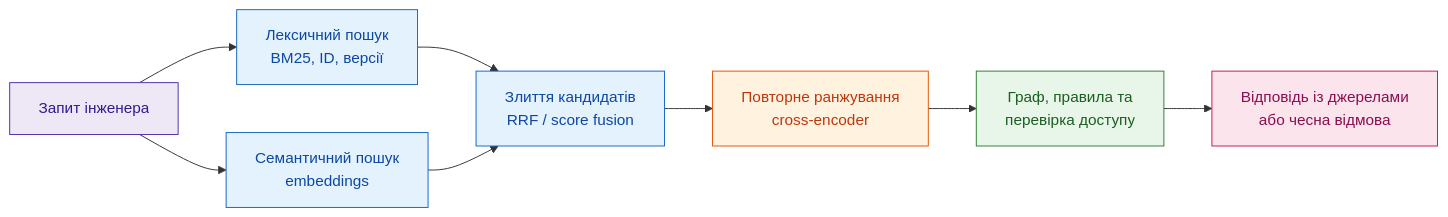
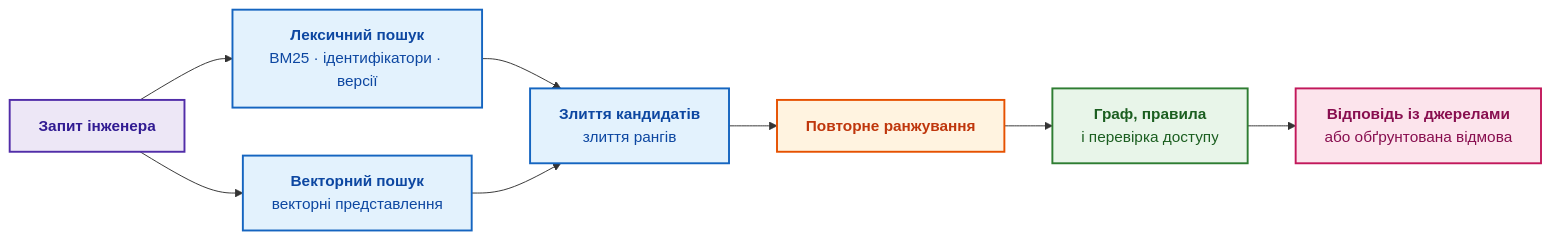
The third of 4 diagrams in ExpertSystem/ch06-applied-mathematics-for-expert-systems.md (nick-fedchik/articles), drawn with Mermaid before and after one commit. The commit also changed other lines of this file, not shown here.

Commit message:
docs(ch06): rewrite chapter by editorial rules, explain every formula, verify 50 sources, add Go examples (Datalog fixpoint, Dempster rule, TOPSIS)

````diff
--- a/ExpertSystem/ch06-applied-mathematics-for-expert-systems.md
+++ b/ExpertSystem/ch06-applied-mathematics-for-expert-systems.md
@@ -511,25 +760,25 @@
 ```mermaid
 flowchart LR
-    accTitle: Гібридний пошуковий та верифікаційний конвеєр
-    accDescr: Етапи пошуку від запиту інженера через лексичний і семантичний пошук, злиття, повторне ранжування до графової валідації та відповіді.
+    accTitle: Гібридний пошуковий і перевірний конвеєр
+    accDescr: Запит інженера проходить лексичний і векторний пошук, результати зливаються й повторно ранжуються, після чого граф, правила й перевірка доступу визначають, чи можна відповідати.
 
-    Q["Запит інженера"] --> L["Лексичний пошук<br/>BM25, ID, версії"]
-    Q --> V["Семантичний пошук<br/>embeddings"]
-    L --> F["Злиття кандидатів<br/>RRF / score fusion"]
+    Q["<b>Запит інженера</b>"] --> L["<b>Лексичний пошук</b><br/>BM25 · ідентифікатори · версії"]
+    Q --> V["<b>Векторний пошук</b><br/>векторні представлення"]
+    L --> F["<b>Злиття кандидатів</b><br/>злиття рангів"]
     V --> F
-    F --> R["Повторне ранжування<br/>cross-encoder"]
-    R --> G["Граф, правила та<br/>перевірка доступу"]
-    G --> A["Відповідь із джерелами<br/>або чесна відмова"]
+    F --> R["<b>Повторне ранжування</b>"]
+    R --> G["<b>Граф, правила</b><br/>і перевірка доступу"]
+    G --> A["<b>Відповідь із джерелами</b><br/>або обґрунтована відмова"]
 
-    classDef query fill:#ede7f6,stroke:#512da8,color:#311b92;
-    classDef search fill:#e3f2fd,stroke:#1565c0,color:#0d47a1;
-    classDef rank fill:#fff3e0,stroke:#e65100,color:#bf360c;
-    classDef verify fill:#e8f5e9,stroke:#2e7d32,color:#1b5e20;
-    classDef out fill:#fce4ec,stroke:#c2185b,color:#880e4f;
+    classDef query fill:#ede7f6,stroke:#512da8,stroke-width:2px,color:#311b92;
+    classDef search fill:#e3f2fd,stroke:#1565c0,stroke-width:2px,color:#0d47a1;
+    classDef rank fill:#fff3e0,stroke:#e65100,stroke-width:2px,color:#bf360c;
+    classDef verify fill:#e8f5e9,stroke:#2e7d32,stroke-width:2px,color:#1b5e20;
+    classDef out fill:#fce4ec,stroke:#c2185b,stroke-width:2px,color:#880e4f;
 
     class Q query;
     class L,V,F search;
     class R rank;
     class G verify;
     class A out;
 ```
````
